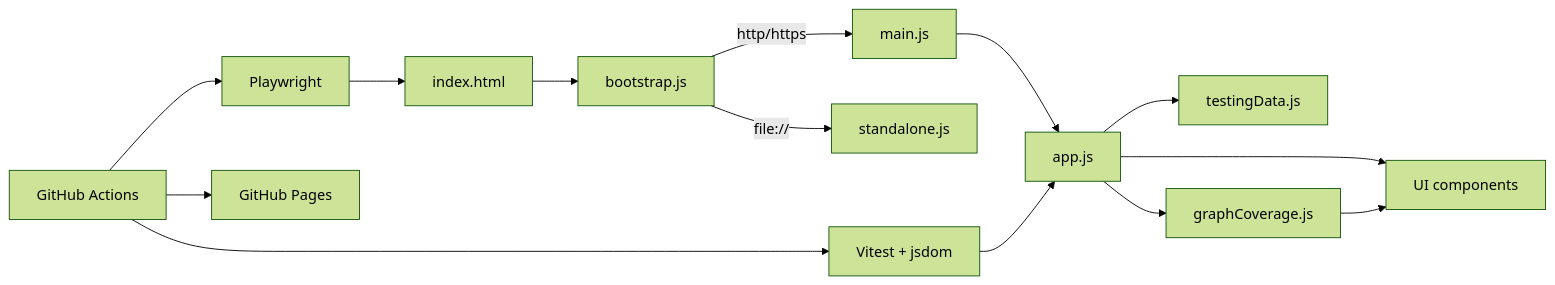
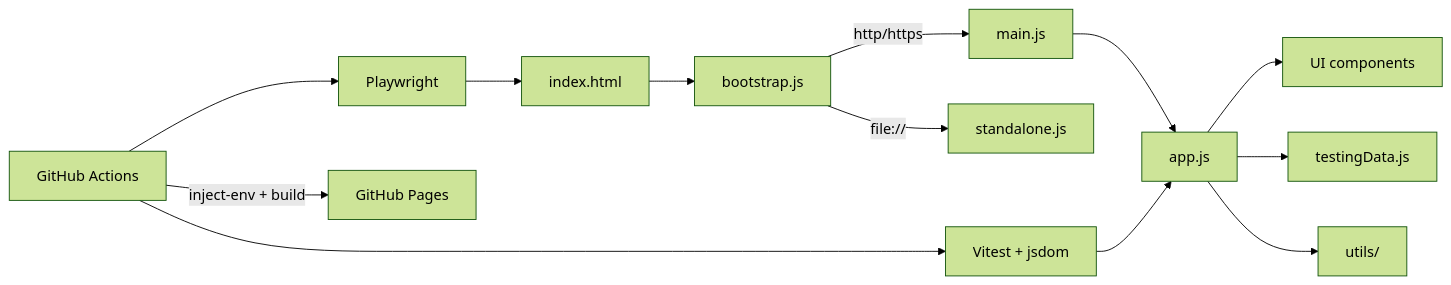
Before and after one commit to skhuang/stvisual2: the diagram in README.md, drawn with Mermaid (forest theme). The commit also changed other lines of this file and 6 other files, not shown here.

````diff
--- a/README.md
+++ b/README.md
@@ -59,16 +83,15 @@
 ```mermaid
 flowchart LR
   A[index.html] --> B[bootstrap.js]
   B -->|http/https| C[main.js]
   B -->|file://| D[standalone.js]
   C --> E[app.js]
   E --> F[UI components]
   E --> G[testingData.js]
-  E --> H[graphCoverage.js]
-  H --> F
+  E --> H[utils/]
   I[Vitest + jsdom] --> E
   J[Playwright] --> A
   K[GitHub Actions] --> I
   K --> J
-  K --> L[GitHub Pages]
+  K -->|inject-env + build| L[GitHub Pages]
 ```
````
